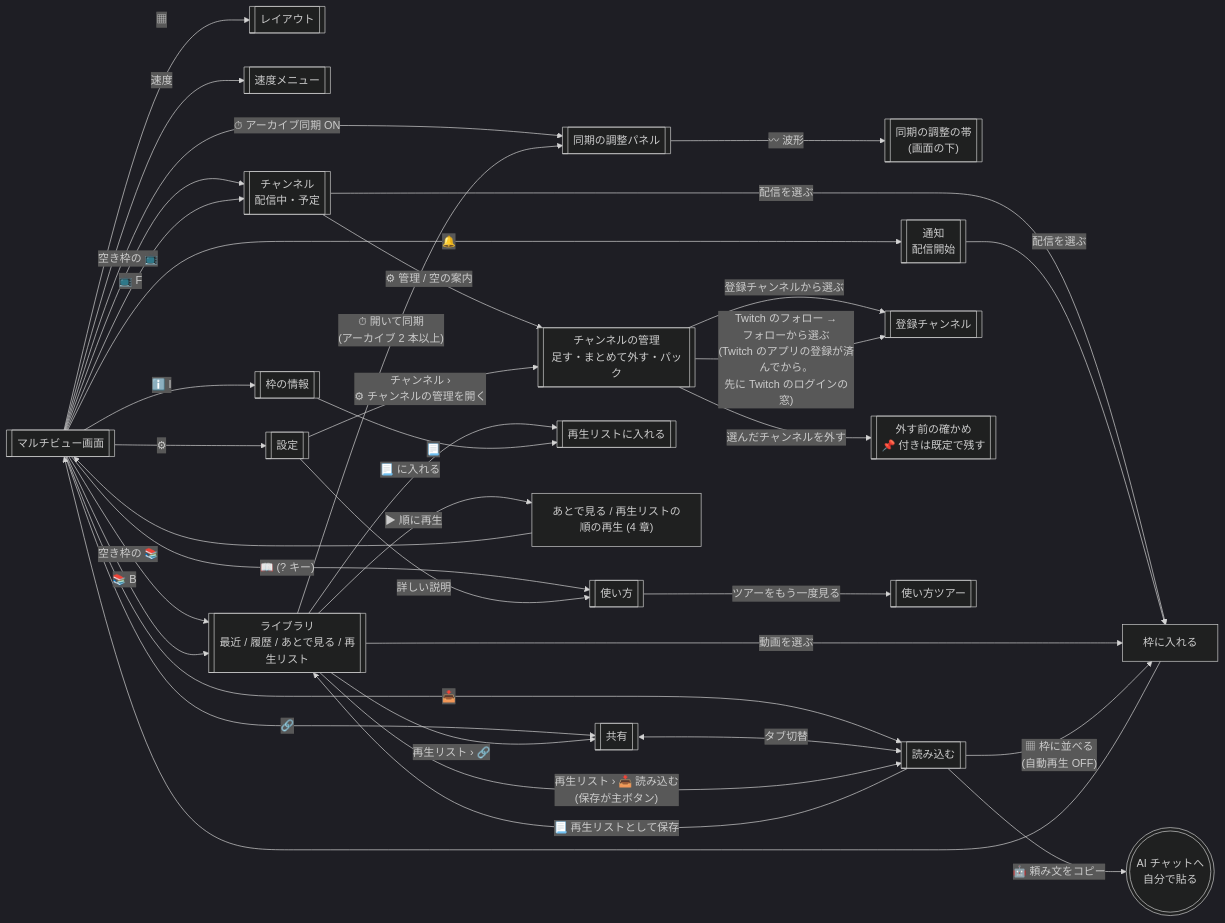
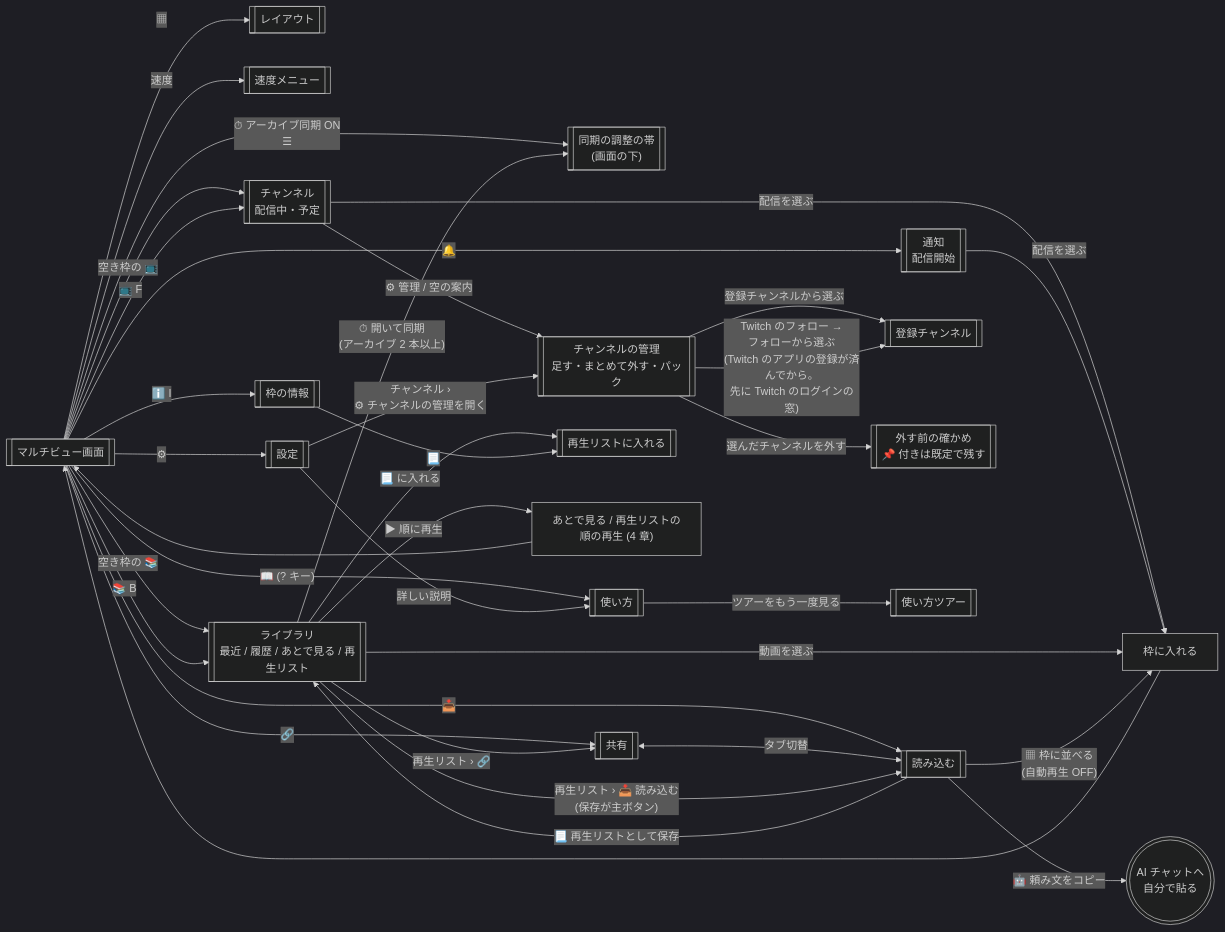
One commit to contee213/hakomado changed the third of 5 diagrams in docs/screen-flow.md. Above: the diagram before and after it, drawn with Mermaid (dark theme). The commit also changed other lines of this file and 22 other files, not shown here.

````diff
--- a/docs/screen-flow.md
+++ b/docs/screen-flow.md
@@ -86,40 +86,39 @@
 ```mermaid
 flowchart LR
   MAIN[["マルチビュー画面"]]
   MAIN -- "▦" --> LAY[["レイアウト"]]
   MAIN -- "速度" --> SPD[["速度メニュー"]]
-  MAIN -- "⏱ アーカイブ同期 ON" --> DOCK[["同期の調整パネル"]]
-  DOCK -- "〰 波形" --> WAVE[["同期の調整の帯<br>(画面の下)"]]
+  MAIN -- "⏱ アーカイブ同期 ON<br>☰" --> WAVE[["同期の調整の帯<br>(画面の下)"]]
   MAIN -- "空き枠の 📺" --> CH
   MAIN -- "空き枠の 📚" --> LIB
   MAIN -- "🔔" --> NOT[["通知<br>配信開始"]]
   MAIN -- "📺 F" --> CH[["チャンネル<br>配信中・予定"]]
   MAIN -- "📚 B" --> LIB[["ライブラリ<br>最近 / 履歴 / あとで見る / 再生リスト"]]
   MAIN -- "ℹ️ I" --> INFO[["枠の情報"]]
   MAIN -- "🔗" --> SH[["共有"]]
   MAIN -- "📥" --> RD[["読み込む"]]
   MAIN -- "⚙" --> SET[["設定"]]
   MAIN -- "📖 (? キー)" --> HELP[["使い方"]]
   SH <-- "タブ切替" --> RD
   CH -- "⚙ 管理 / 空の案内" --> CM[["チャンネルの管理<br>足す・まとめて外す・パック"]]
   SET -- "チャンネル ›<br>⚙ チャンネルの管理を開く" --> CM
   CM -- "登録チャンネルから選ぶ" --> SUBS[["登録チャンネル"]]
   CM -- "Twitch のフォロー →<br>フォローから選ぶ<br>(Twitch のアプリの登録が済んでから。<br>先に Twitch のログインの窓)" --> SUBS
   CM -- "選んだチャンネルを外す" --> CMC[["外す前の確かめ<br>📌 付きは既定で残す"]]
   SET -- "詳しい説明" --> HELP
   HELP -- "ツアーをもう一度見る" --> TOUR[["使い方ツアー"]]
   CH -- "配信を選ぶ" --> TILE["枠に入れる"]
   NOT -- "配信を選ぶ" --> TILE
   LIB -- "動画を選ぶ" --> TILE
-  LIB -- "⏱ 開いて同期<br>(アーカイブ 2 本以上)" --> DOCK
+  LIB -- "⏱ 開いて同期<br>(アーカイブ 2 本以上)" --> WAVE
   LIB -- "📃 に入れる" --> PLP[["再生リストに入れる"]]
   LIB -- "▶ 順に再生" --> Q["あとで見る / 再生リストの<br>順の再生 (4 章)"]
   LIB -- "再生リスト › 📥 読み込む<br>(保存が主ボタン)" --> RD
   LIB -- "再生リスト › 🔗" --> SH
   INFO -- "📃" --> PLP
   RD -- "▦ 枠に並べる<br>(自動再生 OFF)" --> TILE
   RD -- "📃 再生リストとして保存" --> LIB
   RD -- "🤖 頼み文をコピー" --> AI((("AI チャットへ<br>自分で貼る")))
   TILE --> MAIN
   Q --> MAIN
 ```
````
